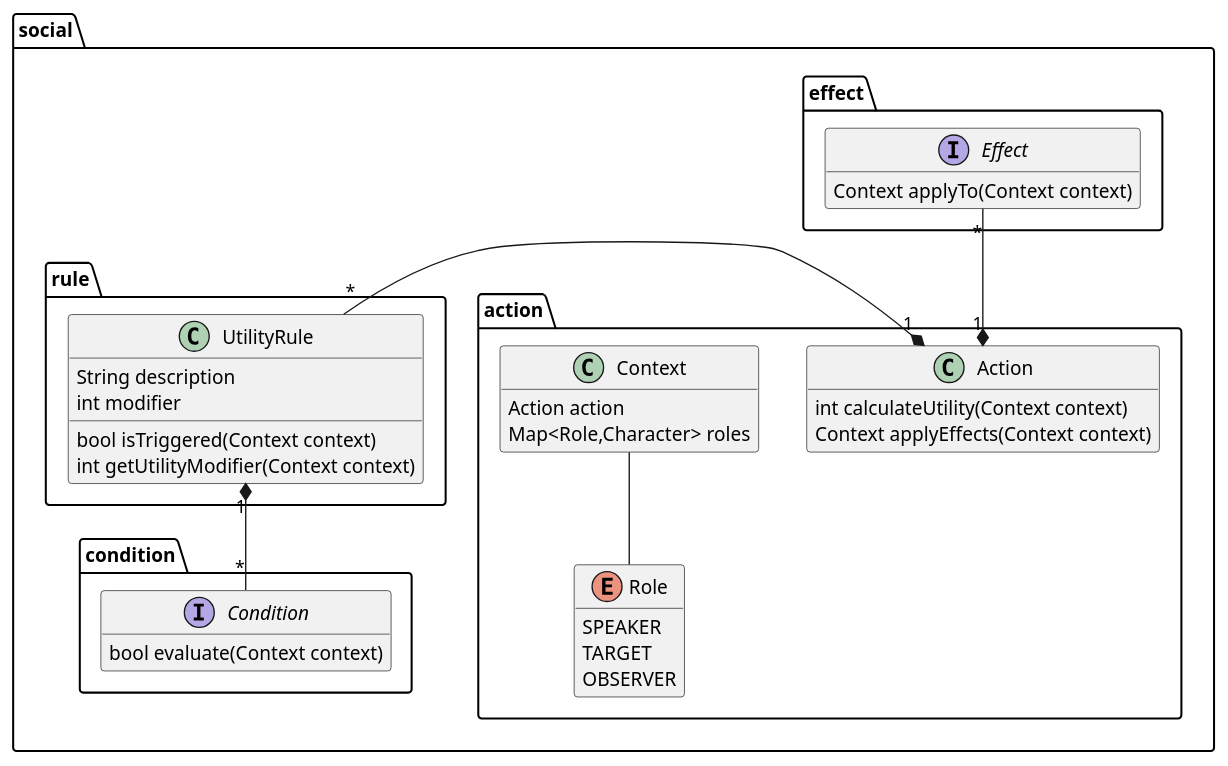
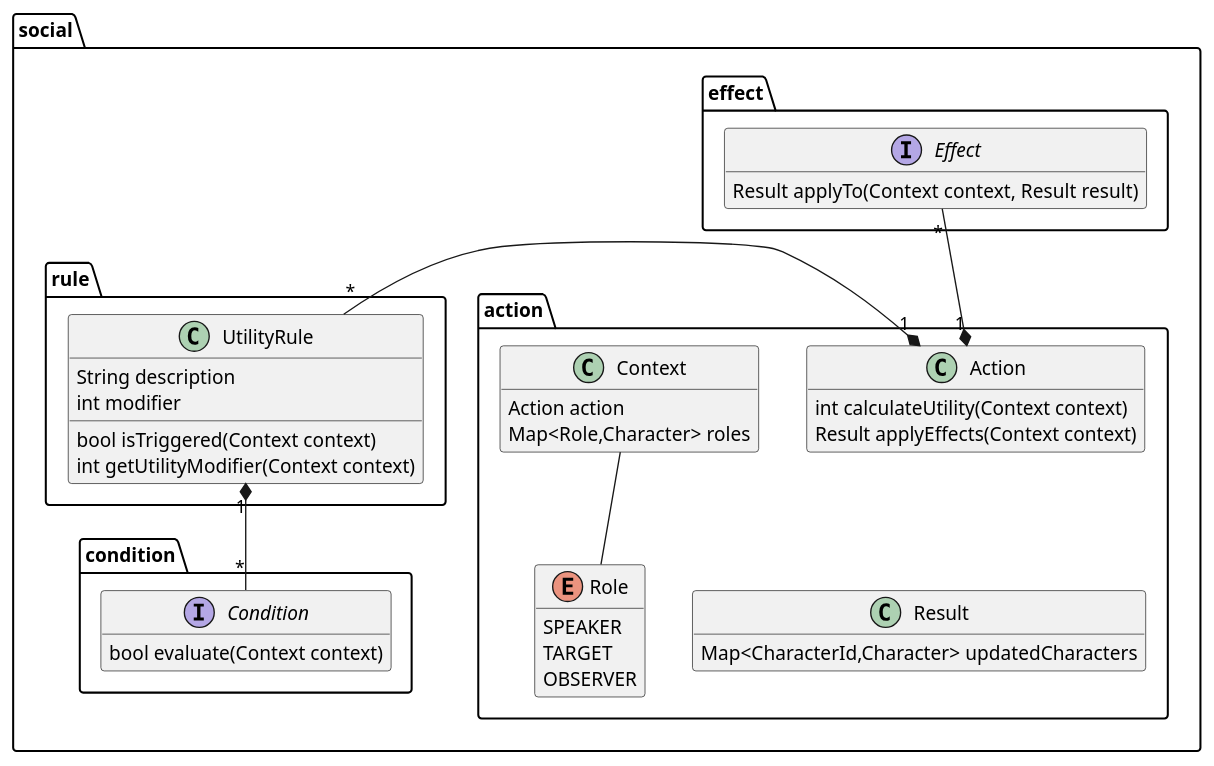
One commit to Orchaldir/SocialSimulation changed the diagram in doc/design/action.puml. Above: the diagram before and after it, drawn with PlantUML. The commit also changed 1 other file, not shown here.

Commit message:
[#1] Add Result

```diff
--- a/doc/design/action.puml
+++ b/doc/design/action.puml
@@ -1,63 +1,68 @@
 @startuml
 
 hide empty members
 
 package social {
 
 package effect {
 
 interface Effect {
-  Context applyTo(Context context)
+  Result applyTo(Context context, Result result)
 }
 
 }
 
 package action {
 
 class Action {
   int calculateUtility(Context context)
-  Context applyEffects(Context context)
+  Result applyEffects(Context context)
 }
 
 enum Role {
   SPEAKER
   TARGET
   OBSERVER
 }
 
 class Context {
   Action action
   Map<Role,Character> roles
+}
+
+class Result {
+  Map<CharacterId,Character> updatedCharacters
 }
 
 }
 
 package rule {
 
 class UtilityRule {
   String description
   int modifier
   bool isTriggered(Context context)
   int getUtilityModifier(Context context)
 }
 
 }
 
 package condition {
 
 interface Condition {
   bool evaluate(Context context)
 }
 
 }
 
 }
 
-Action "1" *-left- "*"  UtilityRule
-Action "1" *-up- "*"  Effect
-UtilityRule "1" *-- "*"  Condition
+Action "1" *-left- "*" UtilityRule
+Action "1" *-up- "*" Effect
+Action -[hidden]- Result
+UtilityRule "1" *-- "*" Condition
 
 Context -- Role
 
 
 @enduml
```
